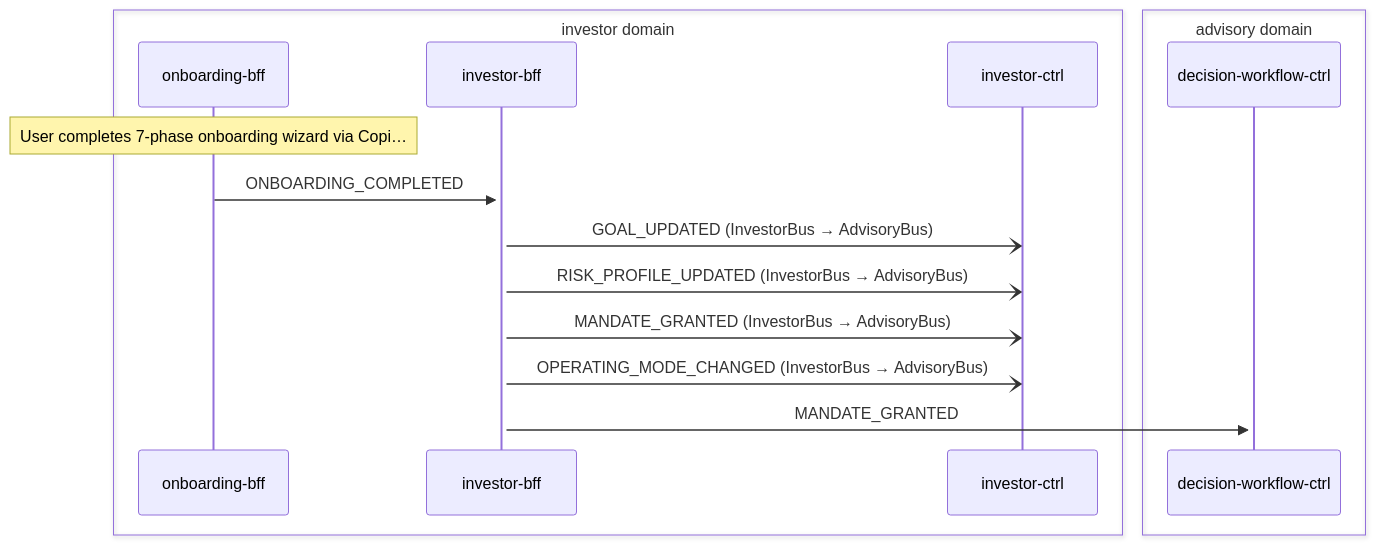
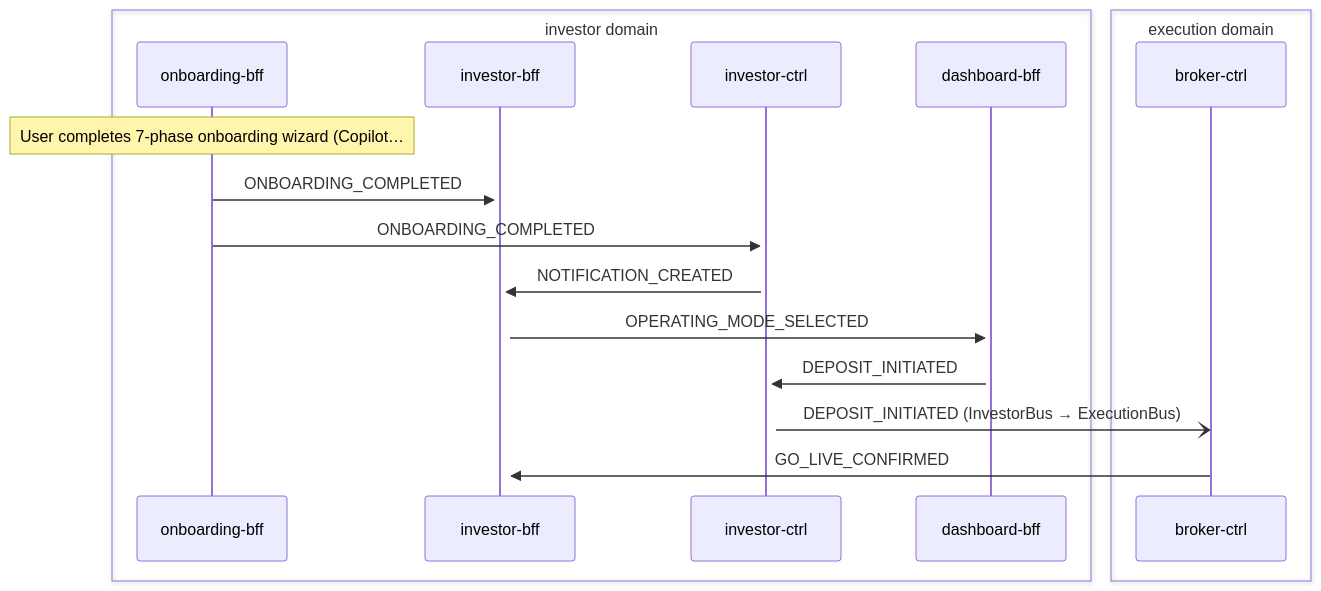
One commit to fabio-vitali/nestfolio changed the second of 2 diagrams in docs/data-flows/investor-onboarding.md. Above: the diagram before and after it, drawn with Mermaid. The commit also changed other lines of this file and 53 other files, not shown here.

First line of the commit message:
docs: regenerate all service cards, flow specs, and C4 diagrams via /init-docs

````diff
--- a/docs/data-flows/investor-onboarding.md
+++ b/docs/data-flows/investor-onboarding.md
@@ -27,18 +29,20 @@
 ```mermaid
 sequenceDiagram
     box investor domain
         participant onboarding_bff as onboarding-bff
         participant investor_bff as investor-bff
         participant investor_ctrl as investor-ctrl
+        participant dashboard_bff as dashboard-bff
     end
-    box advisory domain
-        participant decision_workflow_ctrl as decision-workflow-ctrl
+    box execution domain
+        participant broker_ctrl as broker-ctrl
     end
-    Note over onboarding_bff: User completes 7-phase onboarding wizard via Copi…
+    Note over onboarding_bff: User completes 7-phase onboarding wizard (Copilot…
     onboarding_bff->>+investor_bff: ONBOARDING_COMPLETED
-    investor_bff-)investor_ctrl: GOAL_UPDATED (InvestorBus → AdvisoryBus)
-    investor_bff-)investor_ctrl: RISK_PROFILE_UPDATED (InvestorBus → AdvisoryBus)
-    investor_bff-)investor_ctrl: MANDATE_GRANTED (InvestorBus → AdvisoryBus)
-    investor_bff-)investor_ctrl: OPERATING_MODE_CHANGED (InvestorBus → AdvisoryBus)
-    investor_bff->>+decision_workflow_ctrl: MANDATE_GRANTED
+    onboarding_bff->>+investor_ctrl: ONBOARDING_COMPLETED
+    investor_ctrl->>+investor_bff: NOTIFICATION_CREATED
+    investor_bff->>+dashboard_bff: OPERATING_MODE_SELECTED
+    dashboard_bff->>+investor_ctrl: DEPOSIT_INITIATED
+    investor_ctrl-)broker_ctrl: DEPOSIT_INITIATED (InvestorBus → ExecutionBus)
+    broker_ctrl->>+investor_bff: GO_LIVE_CONFIRMED
 ```
````
